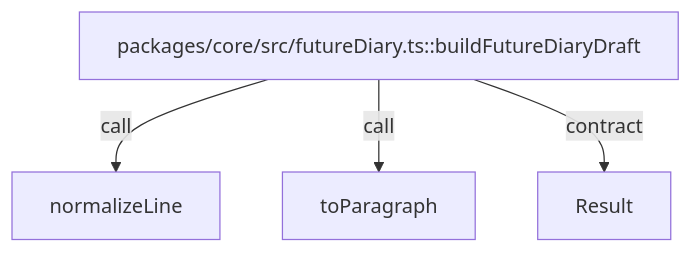
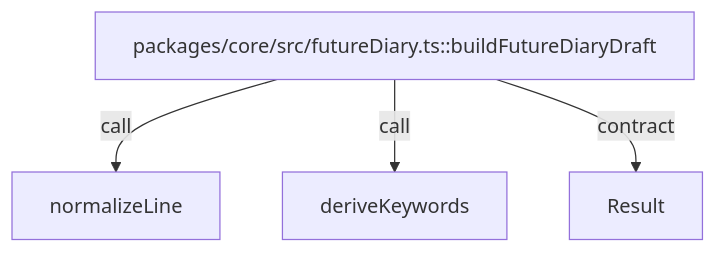
One commit to YotaroMatsui/future_diary changed the diagram in packages/core/README.md. Above: the diagram before and after it, drawn with Mermaid. The commit also changed other lines of this file and 23 other files, not shown here.

````diff
--- a/packages/core/README.md
+++ b/packages/core/README.md
@@ -195,6 +204,6 @@
 ```mermaid
 flowchart TD
   EP["packages/core/src/futureDiary.ts::buildFutureDiaryDraft"] -->|"call"| NP["normalizeLine"]
-  EP -->|"call"| TP["toParagraph"]
+  EP -->|"call"| KW["deriveKeywords"]
   EP -->|"contract"| RS["Result<FutureDiaryDraft, GenerateFutureDiaryError>"]
 ```
````
